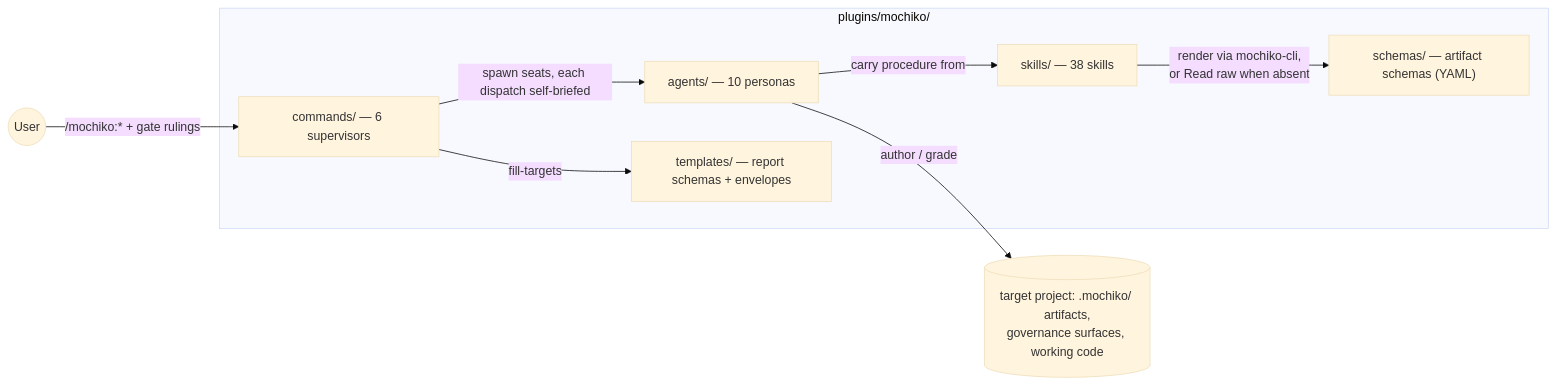
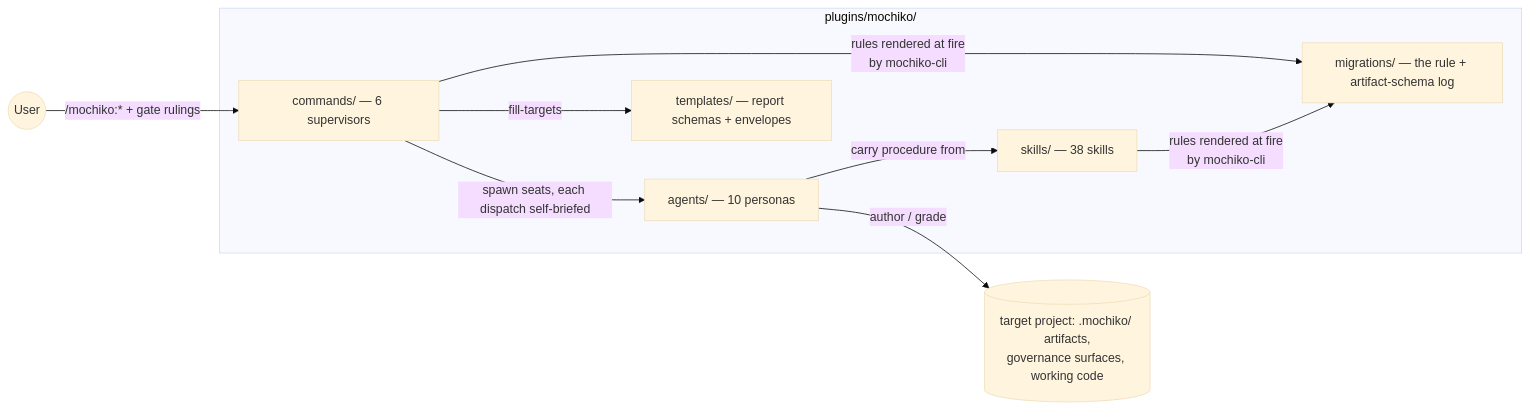
One commit to humaninloop-dev/mochiko changed the first of 6 diagrams in ARCHITECTURE.md. Above: the diagram before and after it, drawn with Mermaid (base theme). The commit also changed other lines of this file and 34 other files, not shown here.

````diff
--- a/ARCHITECTURE.md
+++ b/ARCHITECTURE.md
@@ -20,17 +20,18 @@
 ```mermaid
 flowchart LR
   user(("User"))
   user -->|"/mochiko:* + gate rulings"| commands
   subgraph plugin ["plugins/mochiko/"]
     commands["commands/ — 6 supervisors"]
     agents["agents/ — 10 personas"]
     skills["skills/ — 38 skills"]
     templates["templates/ — report schemas + envelopes"]
-    schemas["schemas/ — artifact schemas (YAML)"]
+    migrations["migrations/ — the rule + artifact-schema log"]
     commands -->|"spawn seats, each dispatch self-briefed"| agents
     agents -->|"carry procedure from"| skills
     commands -->|"fill-targets"| templates
-    skills -->|"render via mochiko-cli,<br/>or Read raw when absent"| schemas
+    commands -->|"rules rendered at fire<br/>by mochiko-cli"| migrations
+    skills -->|"rules rendered at fire<br/>by mochiko-cli"| migrations
   end
   agents -->|"author / grade"| target[("target project: .mochiko/ artifacts,<br/>governance surfaces, working code")]
 ```
````
